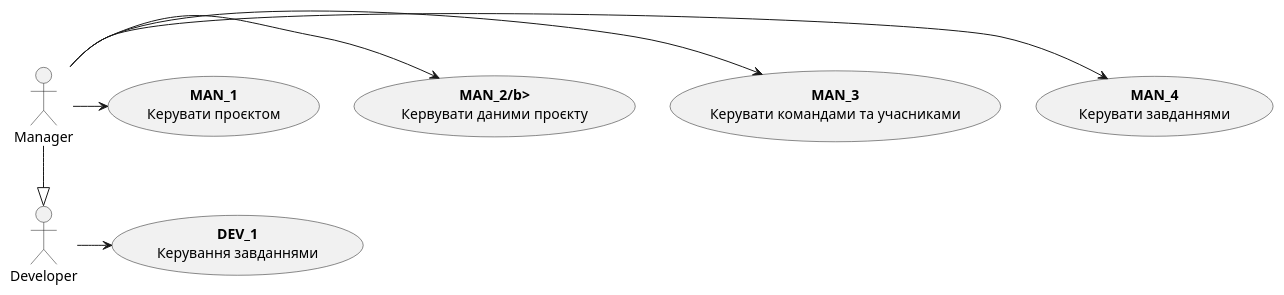
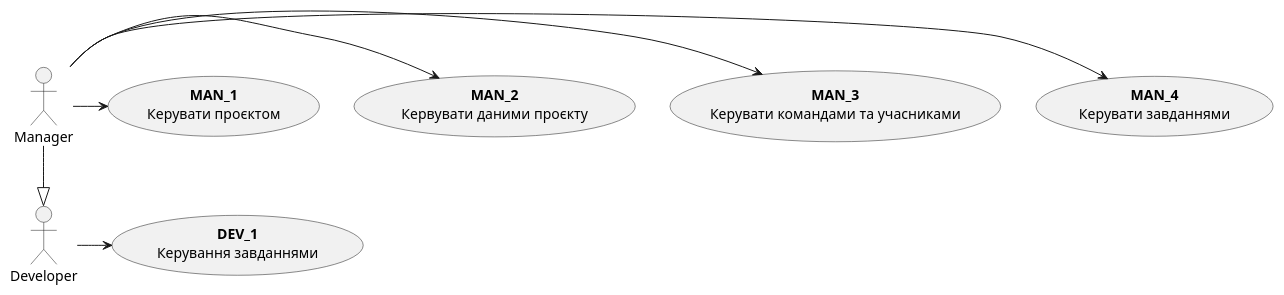
One commit to cholombytko/project-management-system changed the first of 16 diagrams in docs/use cases/README.md. Above: the diagram before and after it, drawn with PlantUML. The commit also changed other lines of this file, not shown here.

```diff
--- a/docs/use cases/README.md
+++ b/docs/use cases/README.md
@@ -9,21 +9,21 @@
 @startuml
 
     actor Manager         
     actor Developer
     
     usecase Manage1 as "<b>MAN_1</b>\nКерувати проєктом"
-    usecase Manage2 as "<b>MAN_2/b>\nКервувати даними проєкту"
+    usecase Manage2 as "<b>MAN_2</b>\nКервувати даними проєкту"
     usecase Manage3 as "<b>MAN_3</b>\nКерувати командами та учасниками"
     usecase Manage4 as "<b>MAN_4</b>\nКерувати завданнями"
 
     usecase Develope1 as "<b>DEV_1</b>\nКерування завданнями"
 
     Manager -> Manage4
     Manager -> Manage3
     Manager -> Manage2
     Manager -> Manage1
     Manager -d-|> Developer
     
     Developer -> Develope1
 
 @enduml
```
